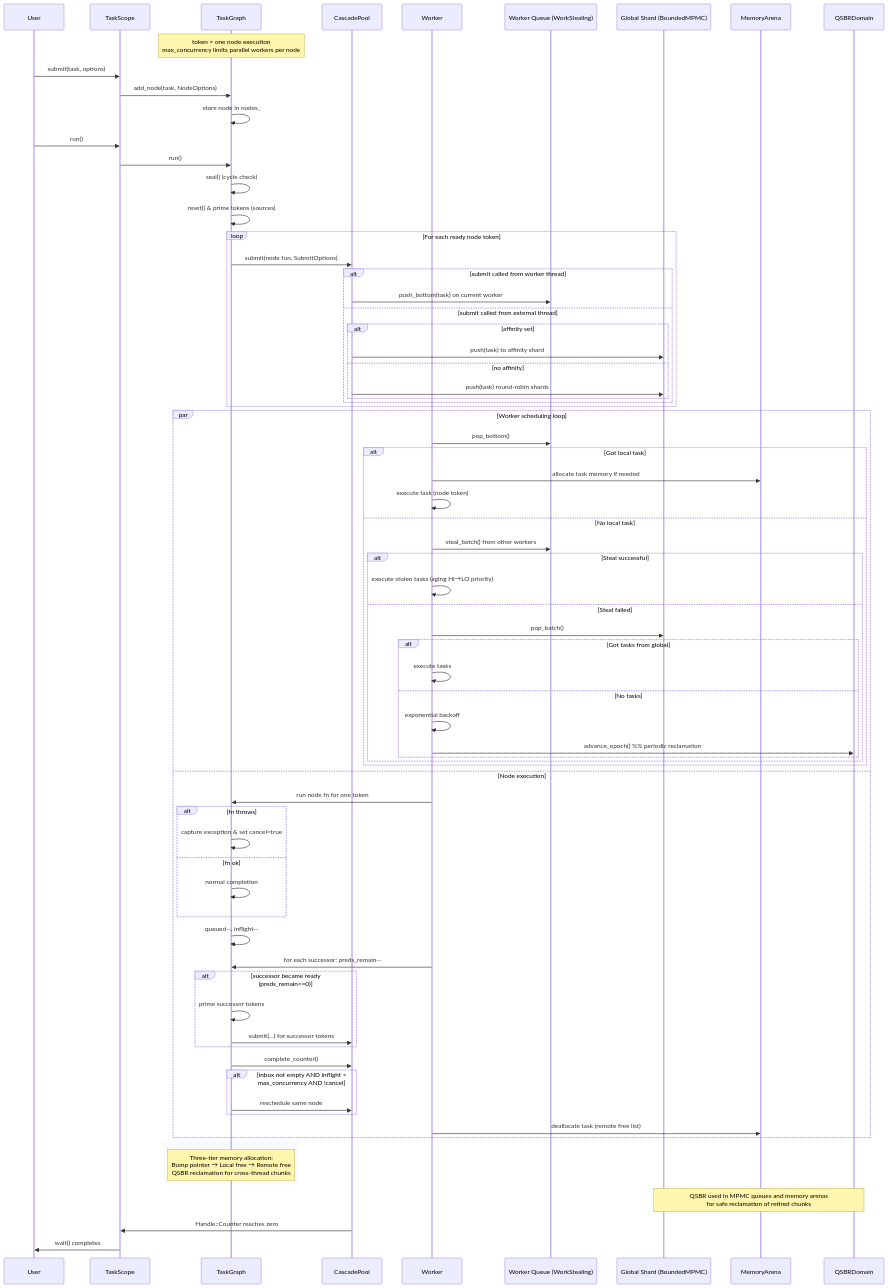
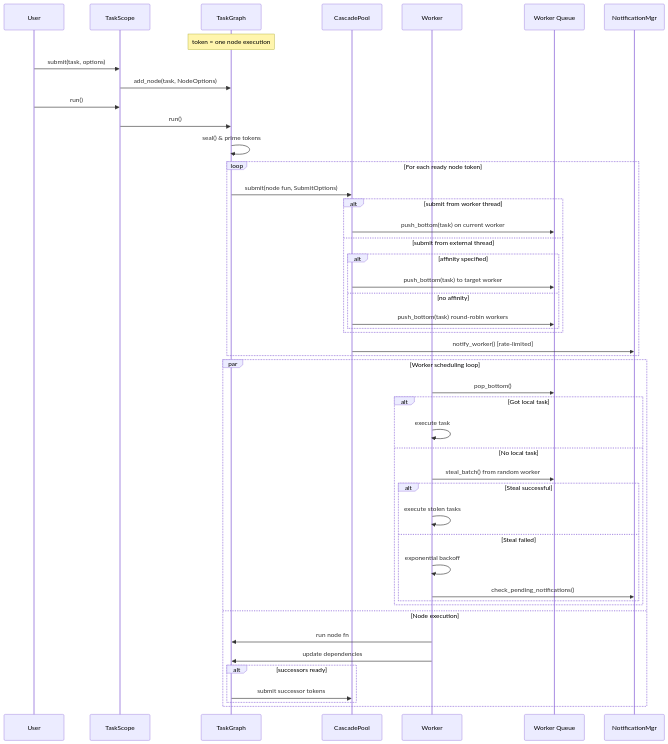
Before and after one commit to cpp20120/Cascade: the diagram in docs/how_it_works.md, drawn with Mermaid.

Commit message:
minor fix arch

````diff
--- a/docs/how_it_works.md
+++ b/docs/how_it_works.md
@@ -11,80 +11,50 @@
     participant TaskGraph
     participant CascadePool
     participant Worker
-    participant WorkStealingQueue as Worker Queue (WorkStealing)
-    participant GlobalMPMC as Global Shard (BoundedMPMC)
-    participant MemoryArena
-    participant QSBRDomain
+    participant WorkStealingQueue as Worker Queue
+    participant NotificationMgr
 
-    Note over TaskGraph: token = one node execution<br/>max_concurrency limits parallel workers per node
+    Note over TaskGraph: token = one node execution
 
     User->>TaskScope: submit(task, options)
     TaskScope->>TaskGraph: add_node(task, NodeOptions)
-    TaskGraph->>TaskGraph: store node in nodes_
 
     User->>TaskScope: run()
     TaskScope->>TaskGraph: run()
-    TaskGraph->>TaskGraph: seal() (cycle check)
-    TaskGraph->>TaskGraph: reset() & prime tokens (sources)
+    TaskGraph->>TaskGraph: seal() & prime tokens
 
     loop For each ready node token
         TaskGraph->>CascadePool: submit(node fun, SubmitOptions)
-        alt submit called from worker thread
+        alt submit from worker thread
             CascadePool->>WorkStealingQueue: push_bottom(task) on current worker
-        else submit called from external thread
-            alt affinity set
-                CascadePool->>GlobalMPMC: push(task) to affinity shard
+        else submit from external thread
+            alt affinity specified
+                CascadePool->>WorkStealingQueue: push_bottom(task) to target worker
             else no affinity
-                CascadePool->>GlobalMPMC: push(task) round-robin shards
+                CascadePool->>WorkStealingQueue: push_bottom(task) round-robin workers
             end
         end
+        CascadePool->>NotificationMgr: notify_worker() [rate-limited]
     end
 
     par Worker scheduling loop
         Worker->>WorkStealingQueue: pop_bottom()
         alt Got local task
-            Worker->>MemoryArena: allocate task memory if needed
-            Worker->>Worker: execute task (node token)
+            Worker->>Worker: execute task
         else No local task
-            Worker->>WorkStealingQueue: steal_batch() from other workers
+            Worker->>WorkStealingQueue: steal_batch() from random worker
             alt Steal successful
-                Worker->>Worker: execute stolen tasks (aging HI→LO priority)
+                Worker->>Worker: execute stolen tasks
             else Steal failed
-                Worker->>GlobalMPMC: pop_batch()
-                alt Got tasks from global
-                    Worker->>Worker: execute tasks
-                else No tasks
-                    Worker->>Worker: exponential backoff
-                    Worker->>QSBRDomain: advance_epoch()  %% periodic reclamation
-                end
+                Worker->>Worker: exponential backoff
+                Worker->>NotificationMgr: check_pending_notifications()
             end
         end
     and Node execution
-        Worker->>TaskGraph: run node fn for one token
-        alt fn throws
-            TaskGraph->>TaskGraph: capture exception & set cancel=true
-        else fn ok
-            TaskGraph->>TaskGraph: normal completion
+        Worker->>TaskGraph: run node fn
+        Worker->>TaskGraph: update dependencies
+        alt successors ready
+            TaskGraph->>CascadePool: submit successor tokens
         end
-        TaskGraph->>TaskGraph: queued--, inflight--
-        Worker->>TaskGraph: for each successor: preds_remain--
-        alt successor became ready (preds_remain==0)
-            TaskGraph->>TaskGraph: prime successor tokens
-            TaskGraph->>CascadePool: submit(...) for successor tokens
-        end
-        TaskGraph->>CascadePool: complete_counter()
-        alt inbox not empty AND inflight < max_concurrency AND !cancel
-            TaskGraph->>CascadePool: reschedule same node
-        end
-        Worker->>MemoryArena: deallocate task (remote free list)
     end
-
-    rect rgb(250,250,250)
-    note over TaskGraph: Three-tier memory allocation:<br/>Bump pointer → Local free → Remote free<br/>QSBR reclamation for cross-thread chunks
-    end
-
-    note over GlobalMPMC,QSBRDomain: QSBR used in MPMC queues and memory arenas<br/>for safe reclamation of retired chunks
-
-    CascadePool->>TaskScope: Handle::Counter reaches zero
-    TaskScope->>User: wait() completes
 ```
````
